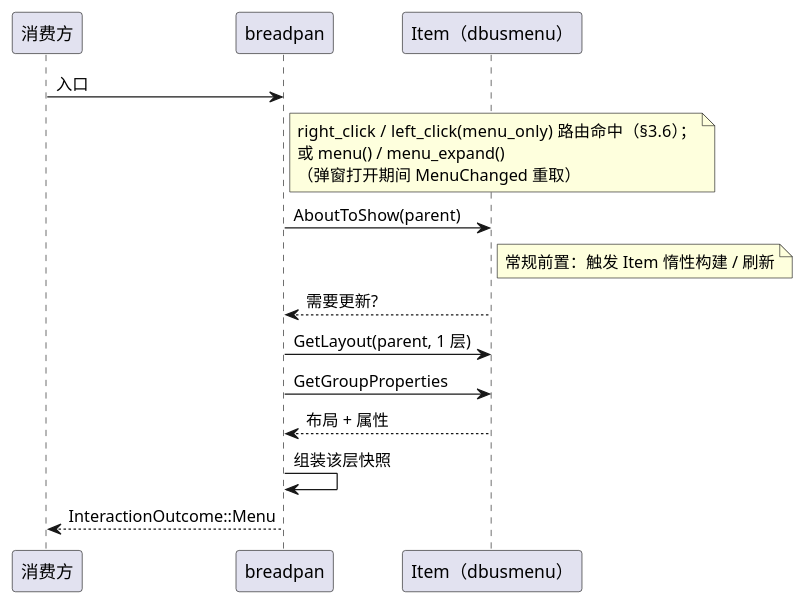
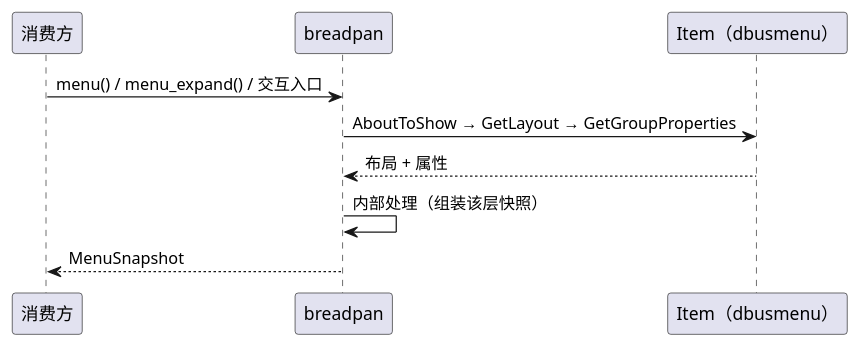
Before and after one commit to 54m43lJ/BreadKnife: the diagram in breadpan/diagram/breadpan-menu.puml, drawn with PlantUML. The commit also changed 43 other files, not shown here.

```diff
--- a/breadpan/diagram/breadpan-menu.puml
+++ b/breadpan/diagram/breadpan-menu.puml
@@ -1,22 +1,11 @@
 @startuml breadpan-menu
 participant 消费方
 participant breadpan
 participant "Item（dbusmenu）" as item
 
-消费方 -> breadpan: 入口
-note right of breadpan
-  right_click / left_click(menu_only) 路由命中（§3.6）；
-  或 menu() / menu_expand()
-  （弹窗打开期间 MenuChanged 重取）
-end note
-breadpan -> item: AboutToShow(parent)
-note right of item
-  常规前置：触发 Item 惰性构建 / 刷新
-end note
-item --> breadpan: 需要更新?
-breadpan -> item: GetLayout(parent, 1 层)
-breadpan -> item: GetGroupProperties
+消费方 -> breadpan: menu() / menu_expand() / 交互入口
+breadpan -> item: AboutToShow → GetLayout → GetGroupProperties
 item --> breadpan: 布局 + 属性
-breadpan -> breadpan: 组装该层快照
-breadpan --> 消费方: InteractionOutcome::Menu
+breadpan -> breadpan: 内部处理（组装该层快照）
+breadpan --> 消费方: MenuSnapshot
 @enduml
```
